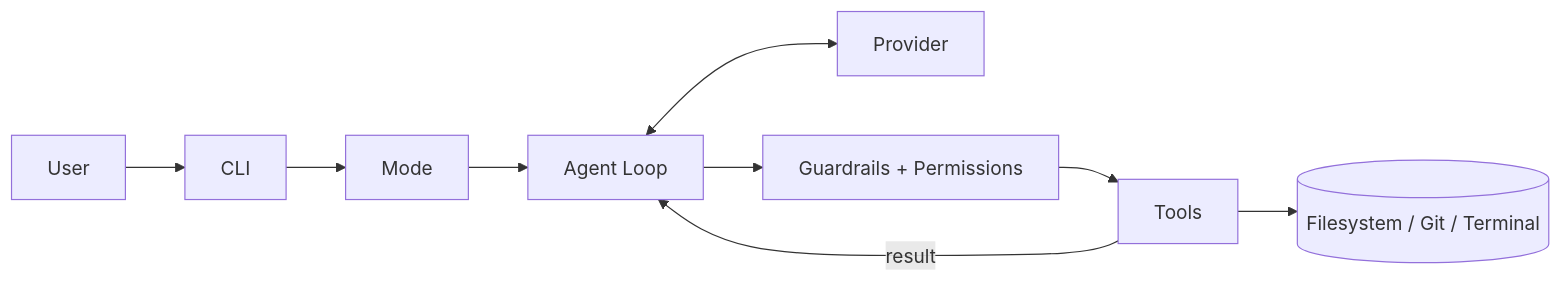
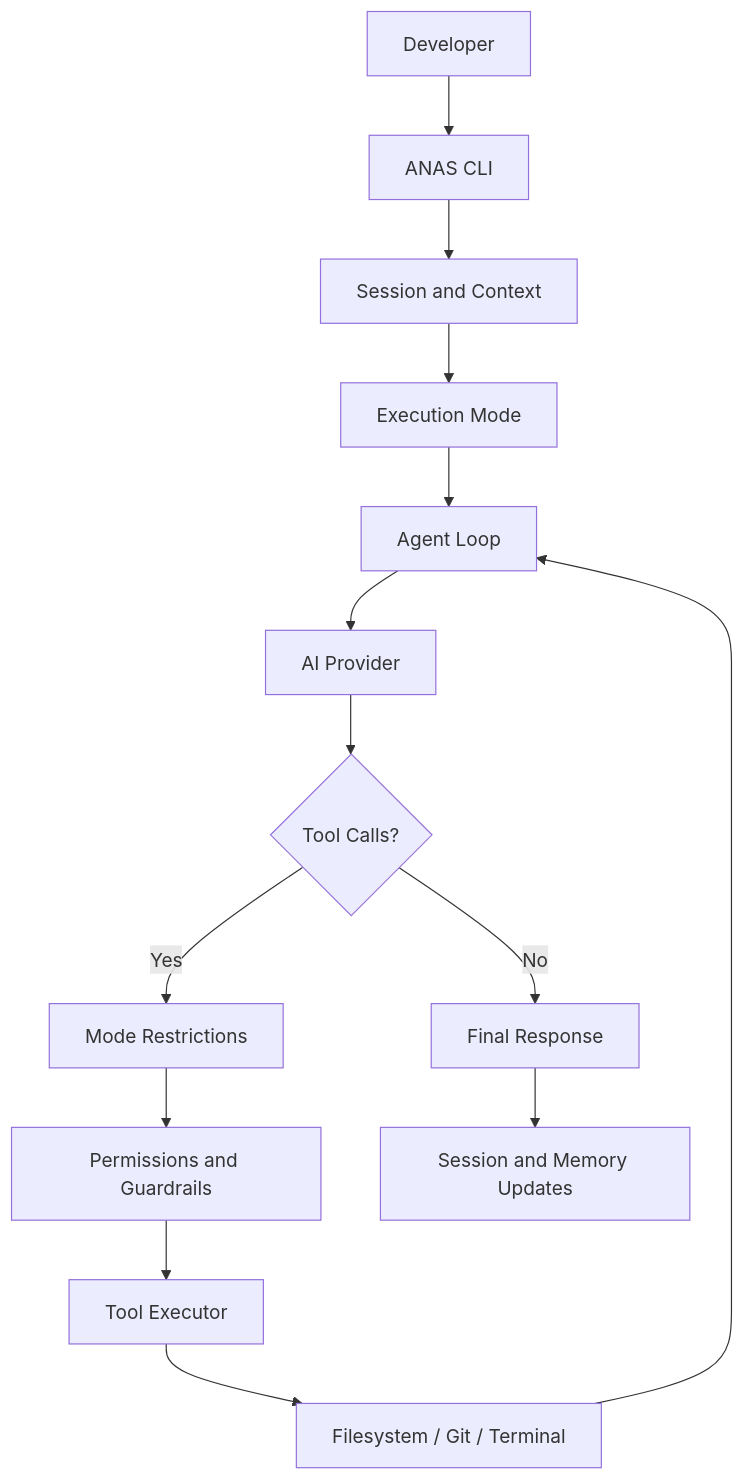
The diagram in README.md (JustenAnas/Anas-Code-CLI), drawn with Mermaid before and after one commit. The commit also changed other lines of this file and 1 other file, not shown here.

````diff
--- a/README.md
+++ b/README.md
@@ -175,11 +335,16 @@
 ```mermaid
-flowchart LR
-    U[User] --> C[CLI]
-    C --> M[Mode]
-    M --> A[Agent Loop]
-    A <--> P[Provider]
-    A --> G[Guardrails + Permissions]
-    G --> T[Tools]
-    T --> F[(Filesystem / Git / Terminal)]
-    T -->|result| A
+flowchart TD
+    A[Developer] --> B[ANAS CLI]
+    B --> C[Session and Context]
+    C --> D[Execution Mode]
+    D --> E[Agent Loop]
+    E --> F[AI Provider]
+    F --> G{Tool Calls?}
+    G -->|Yes| H[Mode Restrictions]
+    H --> I[Permissions and Guardrails]
+    I --> J[Tool Executor]
+    J --> K[Filesystem / Git / Terminal]
+    K --> E
+    G -->|No| L[Final Response]
+    L --> M[Session and Memory Updates]
 ```
````
